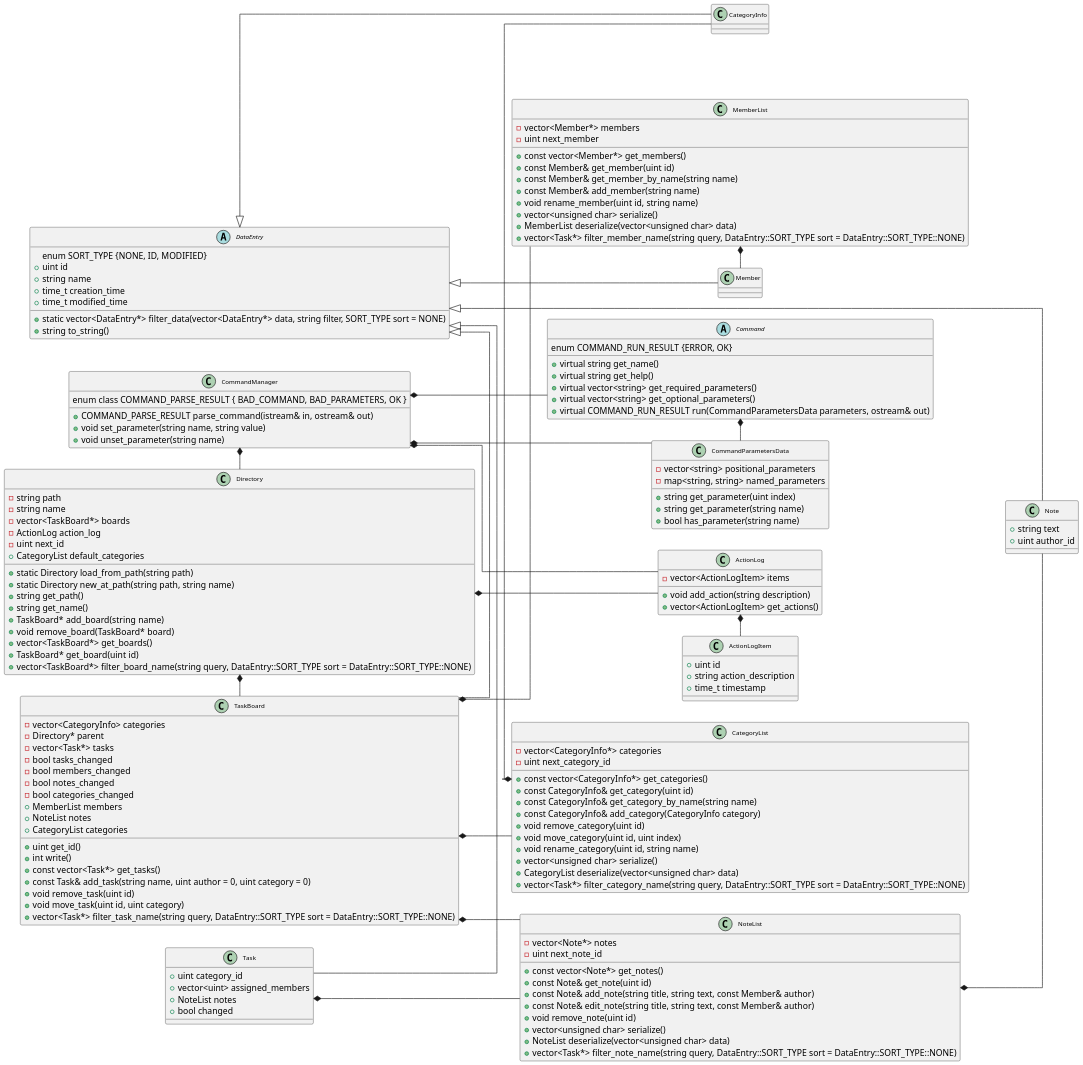
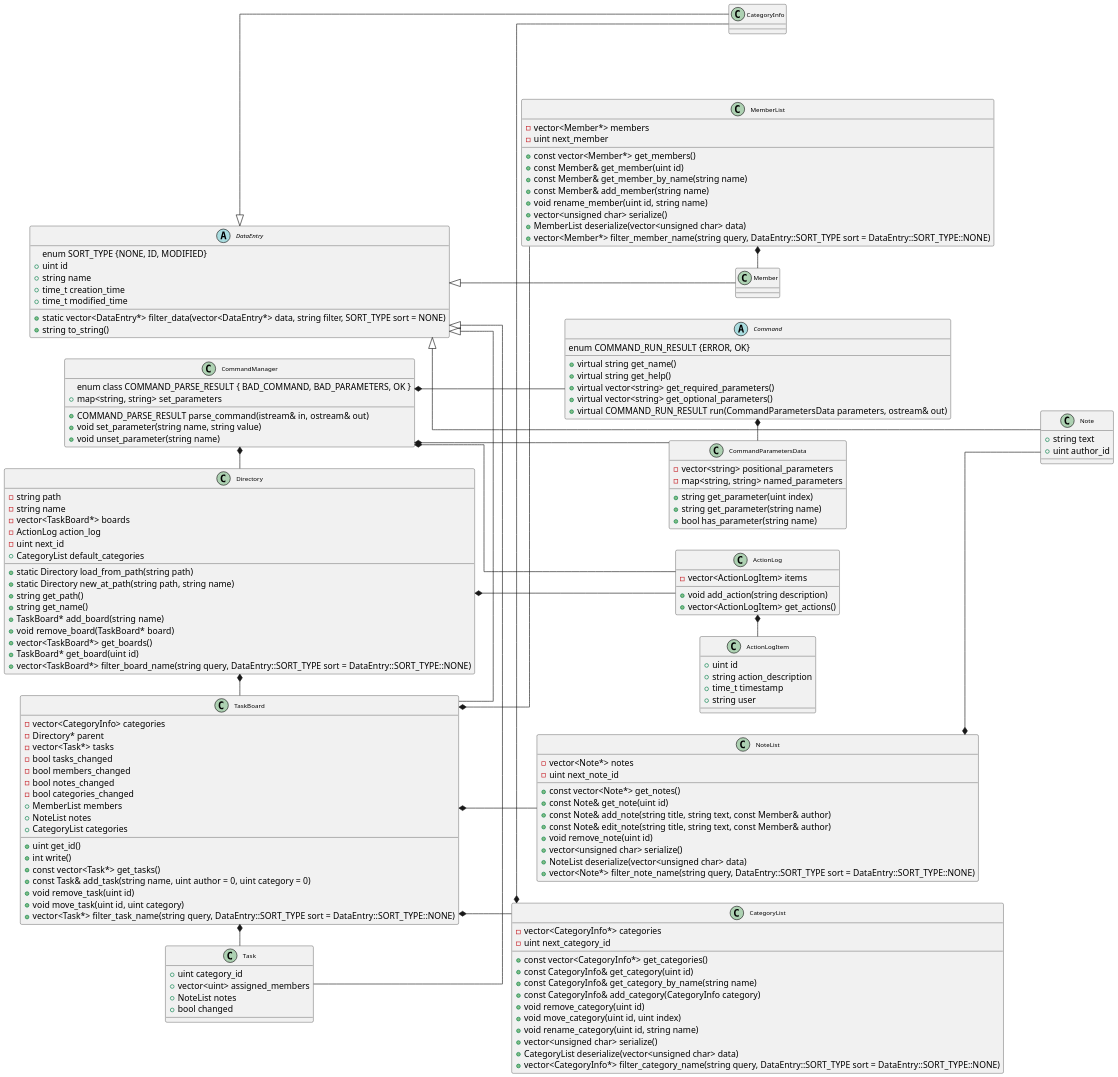
One commit to IsaiasB1122/CS100-Project changed the diagram in UMLdiagram.puml. Above: the diagram before and after it, drawn with PlantUML. The commit also changed 1 other file, not shown here.

```diff
--- a/UMLdiagram.puml
+++ b/UMLdiagram.puml
@@ -1,165 +1,167 @@
 @startuml
 scale 1.5
 skinparam class {
     Padding 4
     Margin 8
     FontSize 10
 }
 
 left to right direction
 
 abstract class DataEntry {
     enum SORT_TYPE {NONE, ID, MODIFIED}
     + uint id
     + string name
     + time_t creation_time
     + time_t modified_time
     + static vector<DataEntry*> filter_data(vector<DataEntry*> data, string filter, SORT_TYPE sort = NONE)
     + string to_string()
 }
 
 DataEntry  <|--  Note
 Note : + string text
 Note : + uint author_id
 
 DataEntry <|-- CategoryInfo
 DataEntry <|-- Member
 
 DataEntry <|- Task
 Task : + uint category_id
 Task : + vector<uint> assigned_members
 Task : + NoteList notes
 Task : + bool changed
 
 DataEntry <|- TaskBoard
 TaskBoard : - vector<CategoryInfo> categories
 TaskBoard : - Directory* parent
 TaskBoard : - vector<Task*> tasks
 TaskBoard : - bool tasks_changed
 TaskBoard : - bool members_changed
 TaskBoard : - bool notes_changed
 TaskBoard : - bool categories_changed
 TaskBoard : + MemberList members
 TaskBoard : + NoteList notes
 TaskBoard : + CategoryList categories
 TaskBoard : + uint get_id()
 TaskBoard : + int write()
 TaskBoard : + const vector<Task*> get_tasks()
 TaskBoard : + const Task& add_task(string name, uint author = 0, uint category = 0)
 TaskBoard : + void remove_task(uint id)
 TaskBoard : + void move_task(uint id, uint category)
 TaskBoard : + vector<Task*> filter_task_name(string query, DataEntry::SORT_TYPE sort = DataEntry::SORT_TYPE::NONE)
 
 class NoteList {
     - vector<Note*> notes
     - uint next_note_id
     + const vector<Note*> get_notes()
     + const Note& get_note(uint id)
     + const Note& add_note(string title, string text, const Member& author)
     + const Note& edit_note(string title, string text, const Member& author)
     + void remove_note(uint id)
     + vector<unsigned char> serialize()
     + NoteList deserialize(vector<unsigned char> data)
-    + vector<Task*> filter_note_name(string query, DataEntry::SORT_TYPE sort = DataEntry::SORT_TYPE::NONE)
+    + vector<Note*> filter_note_name(string query, DataEntry::SORT_TYPE sort = DataEntry::SORT_TYPE::NONE)
 }
 
 class CategoryList {
     - vector<CategoryInfo*> categories
     - uint next_category_id
     + const vector<CategoryInfo*> get_categories()
     + const CategoryInfo& get_category(uint id)
     + const CategoryInfo& get_category_by_name(string name)
     + const CategoryInfo& add_category(CategoryInfo category)
     + void remove_category(uint id)
     + void move_category(uint id, uint index)
     + void rename_category(uint id, string name)
     + vector<unsigned char> serialize()
     + CategoryList deserialize(vector<unsigned char> data)
-    + vector<Task*> filter_category_name(string query, DataEntry::SORT_TYPE sort = DataEntry::SORT_TYPE::NONE)
+    + vector<CategoryInfo*> filter_category_name(string query, DataEntry::SORT_TYPE sort = DataEntry::SORT_TYPE::NONE)
 }
 
 class MemberList {
     - vector<Member*> members
     - uint next_member
     + const vector<Member*> get_members()
     + const Member& get_member(uint id)
     + const Member& get_member_by_name(string name)
     + const Member& add_member(string name)
     + void rename_member(uint id, string name)
     + vector<unsigned char> serialize()
     + MemberList deserialize(vector<unsigned char> data)
-    + vector<Task*> filter_member_name(string query, DataEntry::SORT_TYPE sort = DataEntry::SORT_TYPE::NONE)
+    + vector<Member*> filter_member_name(string query, DataEntry::SORT_TYPE sort = DataEntry::SORT_TYPE::NONE)
 }
 
 class Directory {
     - string path
     - string name
     - vector<TaskBoard*> boards
     - ActionLog action_log
     - uint next_id
     + CategoryList default_categories
     + static Directory load_from_path(string path)
     + static Directory new_at_path(string path, string name)
     + string get_path()
     + string get_name()
     + TaskBoard* add_board(string name)
     + void remove_board(TaskBoard* board)
     + vector<TaskBoard*> get_boards()
     + TaskBoard* get_board(uint id)
     + vector<TaskBoard*> filter_board_name(string query, DataEntry::SORT_TYPE sort = DataEntry::SORT_TYPE::NONE)
 }
 
 class CommandManager {
     enum class COMMAND_PARSE_RESULT { BAD_COMMAND, BAD_PARAMETERS, OK }
     + COMMAND_PARSE_RESULT parse_command(istream& in, ostream& out)
     + void set_parameter(string name, string value)
     + void unset_parameter(string name)
+    + map<string, string> set_parameters
 }
 
 class CommandParametersData {
     - vector<string> positional_parameters
     - map<string, string> named_parameters
     + string get_parameter(uint index)
     + string get_parameter(string name)
     + bool has_parameter(string name)
 }
 
 abstract class Command {
     enum COMMAND_RUN_RESULT {ERROR, OK}
     + virtual string get_name()
     + virtual string get_help()
     + virtual vector<string> get_required_parameters()
     + virtual vector<string> get_optional_parameters()
     + virtual COMMAND_RUN_RESULT run(CommandParametersData parameters, ostream& out)
 }
 
 class ActionLogItem {
     + uint id
     + string action_description
     + time_t timestamp
+    + string user
 }
 
 class ActionLog {
     - vector<ActionLogItem> items
     + void add_action(string description)
     + vector<ActionLogItem> get_actions()
 }
 
- skinparam linetype ortho
+skinparam linetype ortho
 
 NoteList *-- Note
 CategoryInfo -* CategoryList
 MemberList *- Member
 TaskBoard *-- NoteList
 TaskBoard *- CategoryList
 TaskBoard *--  MemberList
+TaskBoard *- Task
 Directory *- TaskBoard
 Directory *- ActionLog
 ActionLog *-  ActionLogItem
 CommandManager *--  Command
 CommandManager  *--  CommandParametersData
 CommandManager *--  ActionLog
 CommandManager *-  Directory
 Command  *-  CommandParametersData
-Task *- NoteList
 @enduml
```
